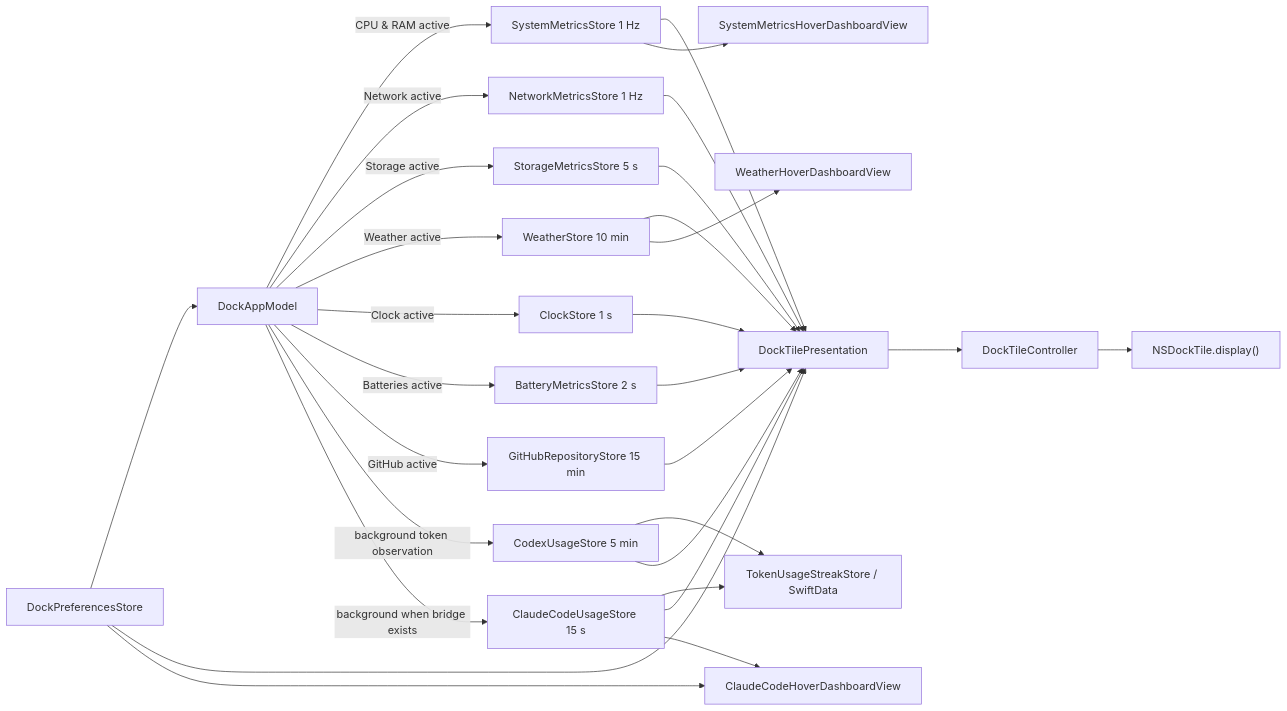
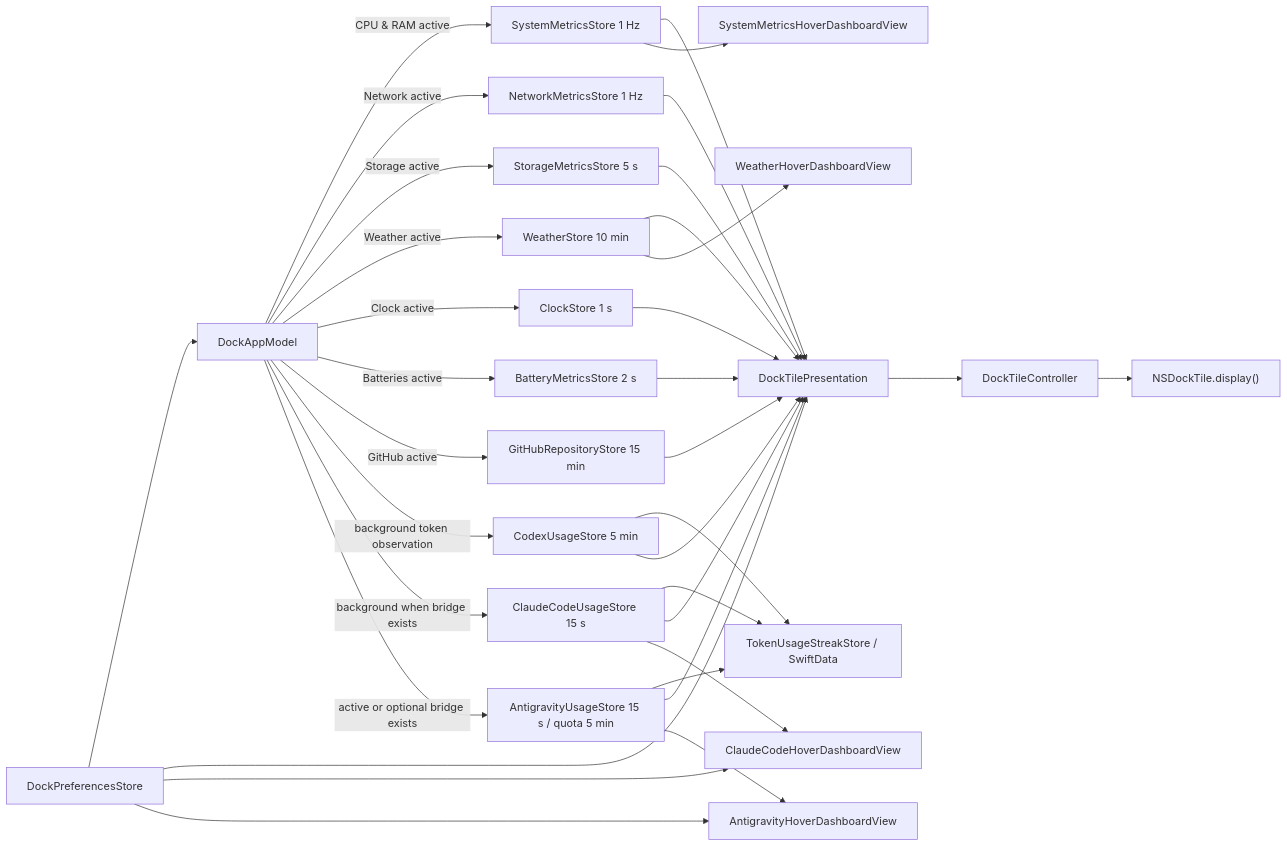
One commit to thanhdongnguyen/DockMagic changed the diagram in docs/ARCHITECTURE.md. Above: the diagram before and after it, drawn with Mermaid. The commit also changed other lines of this file and 230 other files, not shown here.

````diff
--- a/docs/ARCHITECTURE.md
+++ b/docs/ARCHITECTURE.md
@@ -92,31 +101,36 @@
 ```mermaid
 flowchart LR
     P["DockPreferencesStore"] --> A["DockAppModel"]
     A -->|"CPU & RAM active"| M["SystemMetricsStore 1 Hz"]
     A -->|"Network active"| R["NetworkMetricsStore 1 Hz"]
     A -->|"Storage active"| S["StorageMetricsStore 5 s"]
     A -->|"Weather active"| W["WeatherStore 10 min"]
     A -->|"Clock active"| K["ClockStore 1 s"]
     A -->|"Batteries active"| B["BatteryMetricsStore 2 s"]
     A -->|"GitHub active"| G["GitHubRepositoryStore 15 min"]
     A -->|"background token observation"| C["CodexUsageStore 5 min"]
     A -->|"background when bridge exists"| L["ClaudeCodeUsageStore 15 s"]
+    A -->|"active or optional bridge exists"| Q["AntigravityUsageStore 15 s / quota 5 min"]
     C --> T["TokenUsageStreakStore / SwiftData"]
     L --> T
+    Q --> T
     M --> D["DockTilePresentation"]
     M --> X["SystemMetricsHoverDashboardView"]
     R --> D
     S --> D
     W --> D
     W --> Y["WeatherHoverDashboardView"]
     K --> D
     B --> D
     G --> D
     C --> D
     L --> D
+    Q --> D
     P --> D
     D --> H["DockTileController"]
     H --> N["NSDockTile.display()"]
     L --> V["ClaudeCodeHoverDashboardView"]
+    Q --> Z["AntigravityHoverDashboardView"]
     P --> V
+    P --> Z
 ```
````
